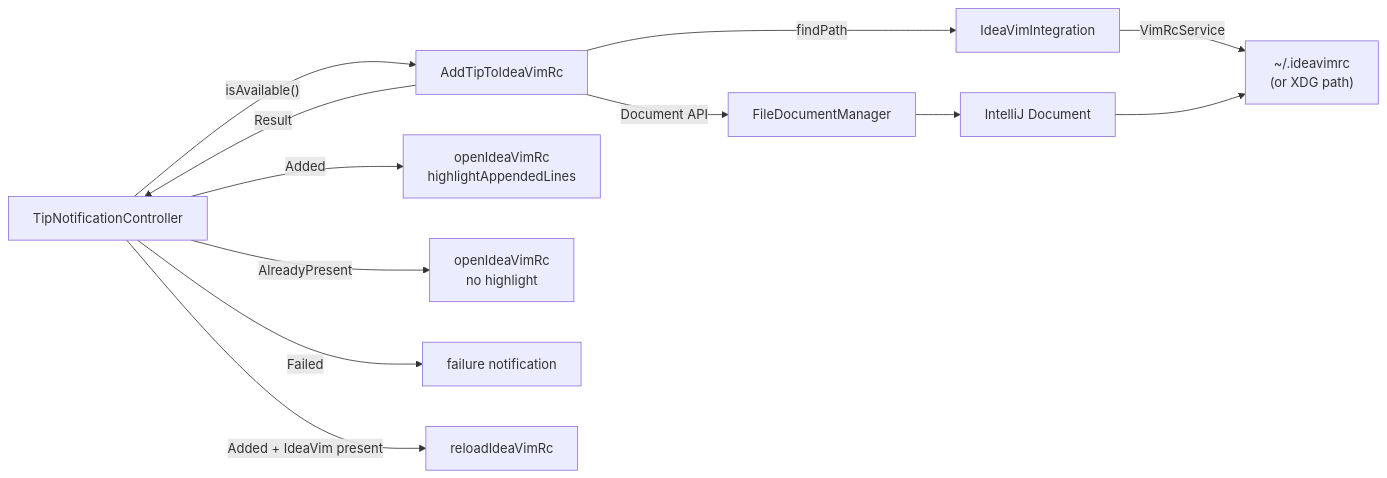
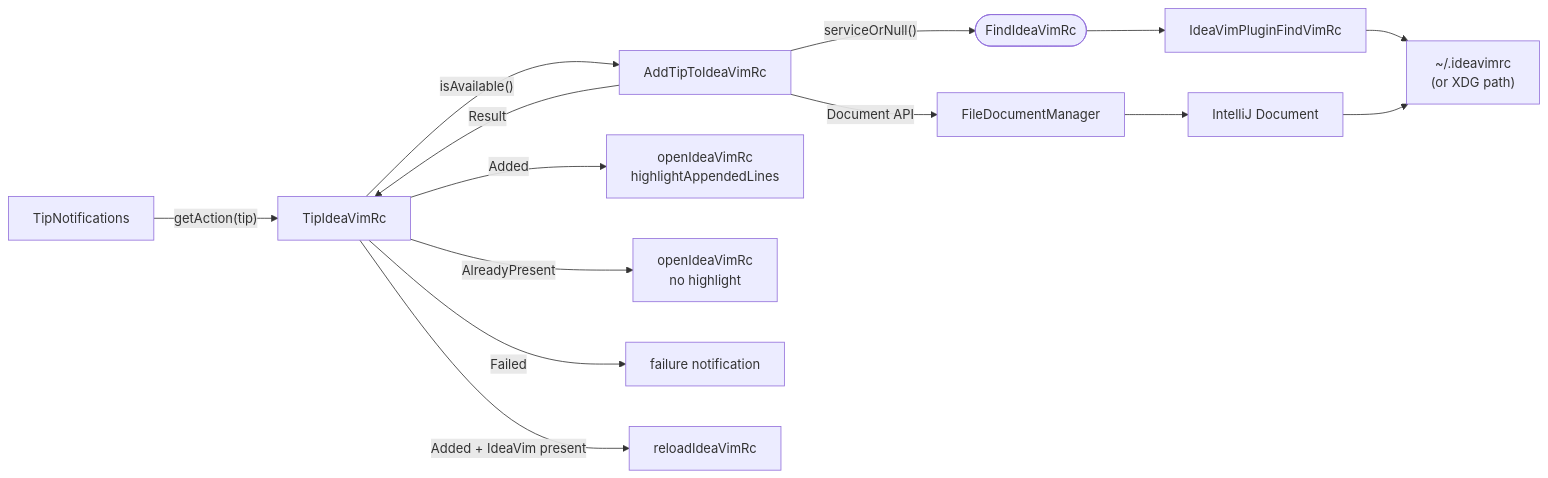
The first of 2 diagrams in docs/features/ideavimrc-button.md (pooryam92/vim-coach), drawn with Mermaid before and after one commit. The commit also changed other lines of this file and 18 other files, not shown here.

````diff
--- a/docs/features/ideavimrc-button.md
+++ b/docs/features/ideavimrc-button.md
@@ -9,14 +9,16 @@
 ```mermaid
 graph LR
-    A[TipNotificationController] -->|"isAvailable()"| B[AddTipToIdeaVimRc]
-    B -->|findPath| C[IdeaVimIntegration]
-    C -->|VimRcService| D["~/.ideavimrc\n(or XDG path)"]
-    B -->|Document API| E[FileDocumentManager]
-    E --> F[IntelliJ Document]
-    F --> D
-    B -->|Result| A
-    A -->|Added| G[openIdeaVimRc\nhighlightAppendedLines]
-    A -->|AlreadyPresent| H[openIdeaVimRc\nno highlight]
-    A -->|Failed| I[failure notification]
-    A -->|Added + IdeaVim present| J[reloadIdeaVimRc]
+    A[TipNotifications] -->|"getAction(tip)"| B[TipIdeaVimRc]
+    B -->|"isAvailable()"| C[AddTipToIdeaVimRc]
+    C -->|"serviceOrNull()"| D([FindIdeaVimRc])
+    D --> E[IdeaVimPluginFindVimRc]
+    E --> F["~/.ideavimrc\n(or XDG path)"]
+    C -->|Document API| G[FileDocumentManager]
+    G --> H[IntelliJ Document]
+    H --> F
+    C -->|Result| B
+    B -->|Added| I[openIdeaVimRc\nhighlightAppendedLines]
+    B -->|AlreadyPresent| J[openIdeaVimRc\nno highlight]
+    B -->|Failed| K[failure notification]
+    B -->|Added + IdeaVim present| L[reloadIdeaVimRc]
 ```
````
